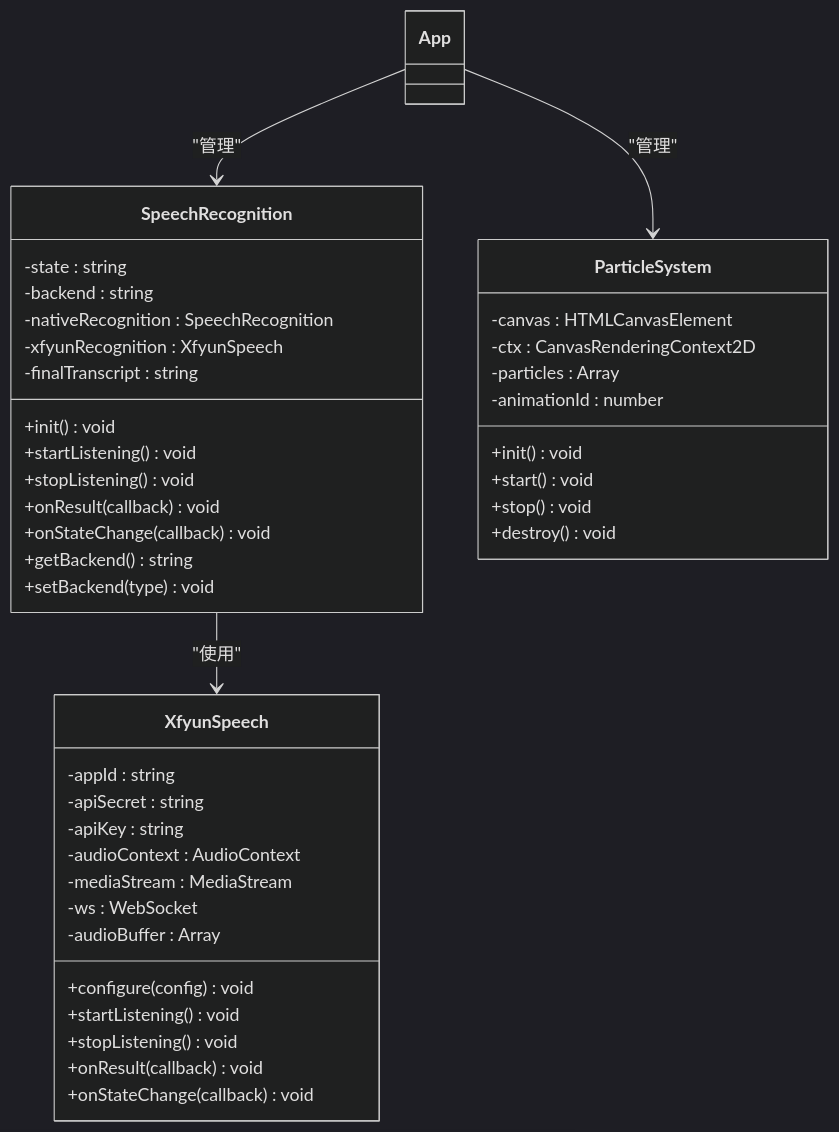
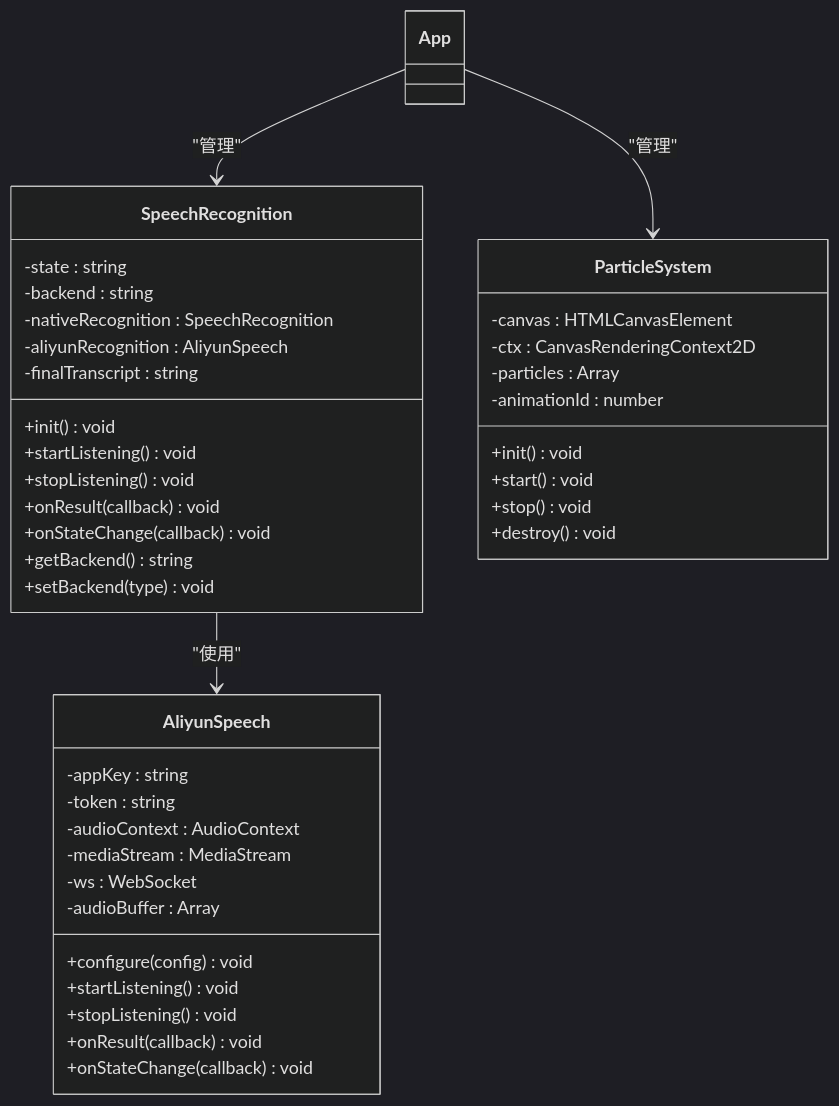
Before and after one commit to db300/MySpeechRecognition: the third of 13 diagrams in .qoder/repowiki/zh/content/故障排除指南/性能问题诊断.md, drawn with Mermaid (dark theme). The commit also changed other lines of this file and 10 other files, not shown here.

````diff
--- a/.qoder/repowiki/zh/content/故障排除指南/性能问题诊断.md
+++ b/.qoder/repowiki/zh/content/故障排除指南/性能问题诊断.md
@@ -155,44 +155,43 @@
 ```mermaid
 classDiagram
 class SpeechRecognition {
 -state : string
 -backend : string
 -nativeRecognition : SpeechRecognition
--xfyunRecognition : XfyunSpeech
+-aliyunRecognition : AliyunSpeech
 -finalTranscript : string
 +init() void
 +startListening() void
 +stopListening() void
 +onResult(callback) void
 +onStateChange(callback) void
 +getBackend() string
 +setBackend(type) void
 }
-class XfyunSpeech {
--appId : string
--apiSecret : string
--apiKey : string
+class AliyunSpeech {
+-appKey : string
+-token : string
 -audioContext : AudioContext
 -mediaStream : MediaStream
 -ws : WebSocket
 -audioBuffer : Array
 +configure(config) void
 +startListening() void
 +stopListening() void
 +onResult(callback) void
 +onStateChange(callback) void
 }
 class ParticleSystem {
 -canvas : HTMLCanvasElement
 -ctx : CanvasRenderingContext2D
 -particles : Array
 -animationId : number
 +init() void
 +start() void
 +stop() void
 +destroy() void
 }
-SpeechRecognition --> XfyunSpeech : "使用"
+SpeechRecognition --> AliyunSpeech : "使用"
 App --> SpeechRecognition : "管理"
 App --> ParticleSystem : "管理"
 ```
````
